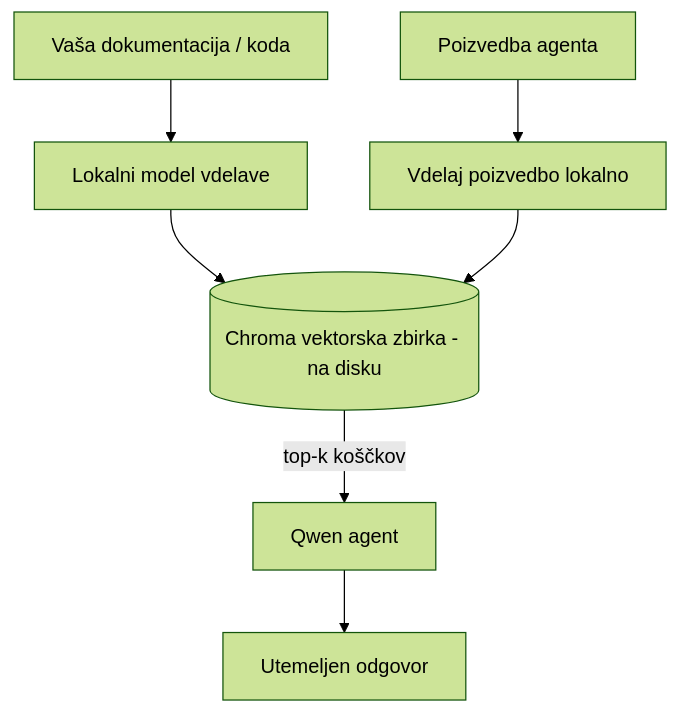
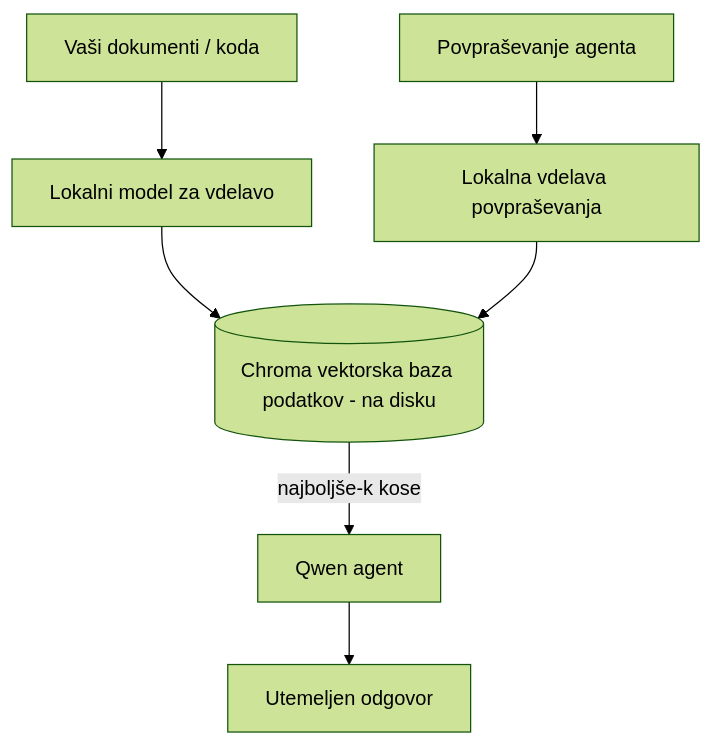
One commit to gabrielmoreira/agent-skills-mirror changed the third of 4 diagrams in mirrors/repos/microsoft@ai-agents-for-beginners/translations/sl/17-creating-local-ai-agents/README.md. Above: the diagram before and after it, drawn with Mermaid (forest theme). The commit also changed other lines of this file and 4262 other files, not shown here.

````diff
--- a/mirrors/repos/microsoft@ai-agents-for-beginners/translations/sl/17-creating-local-ai-agents/README.md
+++ b/mirrors/repos/microsoft@ai-agents-for-beginners/translations/sl/17-creating-local-ai-agents/README.md
@@ -125,9 +125,9 @@
 ```mermaid
 flowchart TB
-    D[Vaša dokumentacija / koda] --> E[Lokalni model vdelave]
-    E --> V[(Chroma vektorska zbirka - na disku)]
-    Q[Poizvedba agenta] --> QE[Vdelaj poizvedbo lokalno]
+    D[Vaši dokumenti / koda] --> E[Lokalni model za vdelavo]
+    E --> V[(Chroma vektorska baza podatkov - na disku)]
+    Q[Povpraševanje agenta] --> QE[Lokalna vdelava povpraševanja]
     QE --> V
-    V -->|top-k koščkov| A[Qwen agent]
+    V -->|najboljše-k kose| A[Qwen agent]
     A --> Ans[Utemeljen odgovor]
 ```
````
